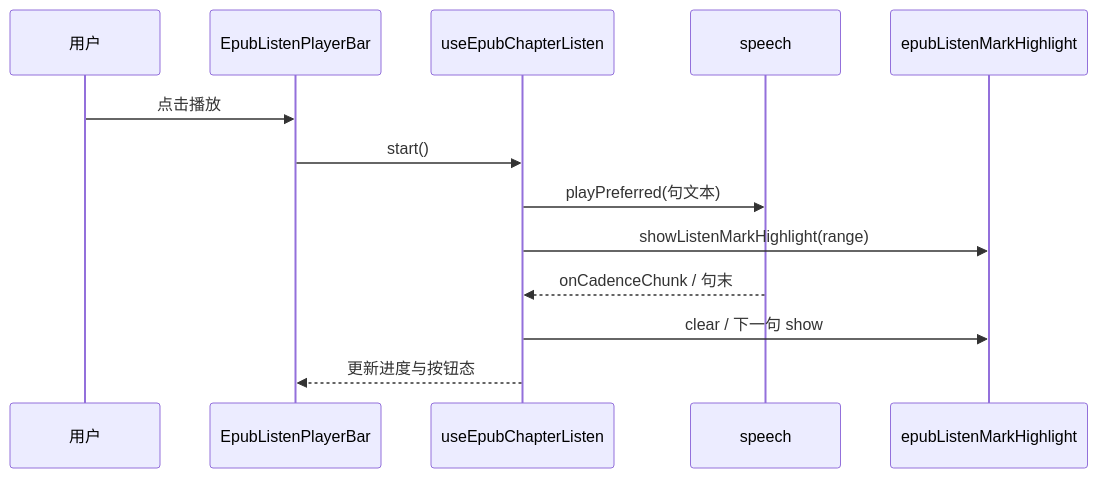
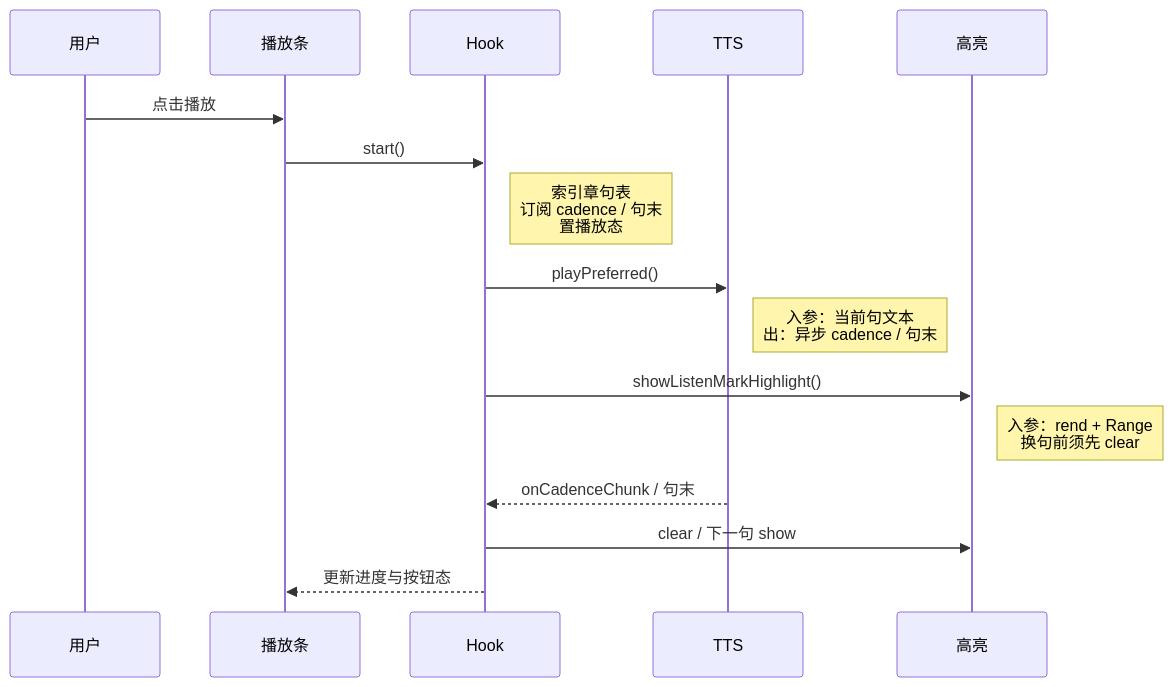
One commit to dnhyxc/dnhyxc-ai changed the third of 5 diagrams in .cursor/skills/feature-implementation-idea/references/diagram-guide.md. Above: the diagram before and after it, drawn with Mermaid. The commit also changed other lines of this file and 153 other files, not shown here.

````diff
--- a/.cursor/skills/feature-implementation-idea/references/diagram-guide.md
+++ b/.cursor/skills/feature-implementation-idea/references/diagram-guide.md
@@ -127,16 +197,19 @@
 ```mermaid
 sequenceDiagram
   participant U as 用户
-  participant UI as EpubListenPlayerBar
-  participant H as useEpubChapterListen
-  participant T as speech
-  participant M as epubListenMarkHighlight
+  participant UI as 播放条
+  participant H as Hook
+  participant T as TTS
+  participant M as 高亮
 
   U->>UI: 点击播放
   UI->>H: start()
-  H->>T: playPreferred(句文本)
-  H->>M: showListenMarkHighlight(range)
+  Note right of H: 索引章句表<br/>订阅 cadence / 句末<br/>置播放态
+  H->>T: playPreferred()
+  Note right of T: 入参：当前句文本<br/>出：异步 cadence / 句末
+  H->>M: showListenMarkHighlight()
+  Note right of M: 入参：rend + Range<br/>换句前须先 clear
   T-->>H: onCadenceChunk / 句末
   H->>M: clear / 下一句 show
   H-->>UI: 更新进度与按钮态
 ```
````
